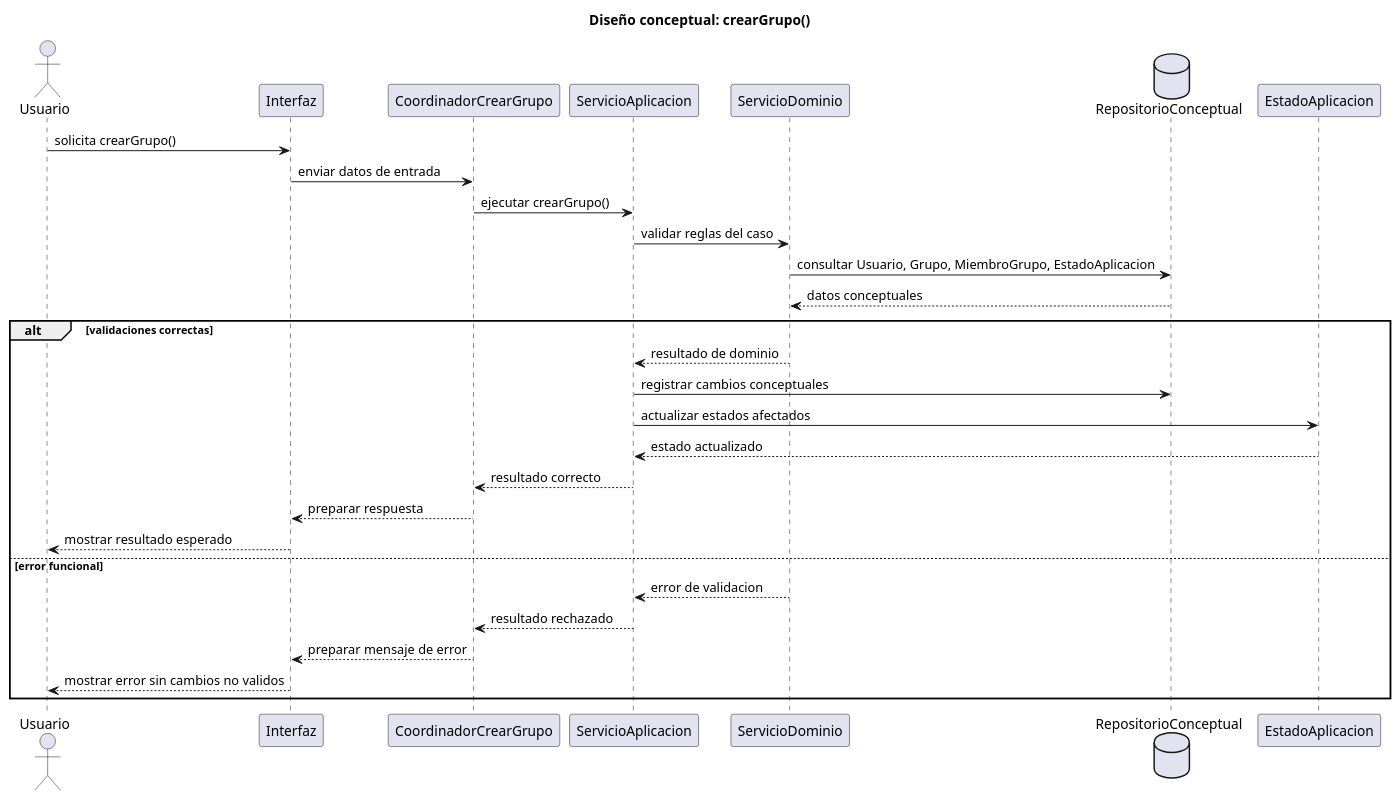
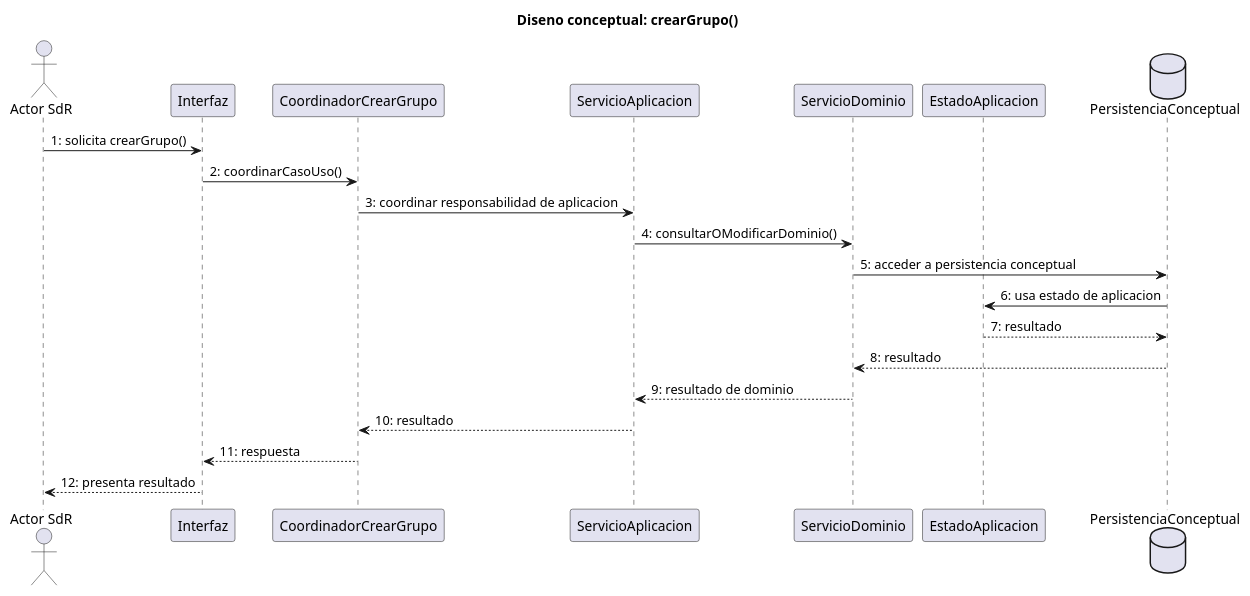
The diagram in documents/RUP/02-diseño/casos-uso/gestion-grupos/crearGrupo/README.md (inigovaqueroo04/25-26-idsw2-sdVC), drawn with PlantUML before and after one commit. The commit also changed other lines of this file and 24 other files, not shown here.

Commit message:
docs: validar trazabilidad integral de diseno

````diff
--- a/documents/RUP/02-diseño/casos-uso/gestion-grupos/crearGrupo/README.md
+++ b/documents/RUP/02-diseño/casos-uso/gestion-grupos/crearGrupo/README.md
@@ -85,36 +85,27 @@
 ```plantuml
 @startuml crearGrupo-diseno-secuencia
-title Diseño conceptual: crearGrupo()
+title Diseno conceptual: crearGrupo()
 
-actor "Usuario" as Usuario
+actor "Actor SdR" as Actor
 participant "Interfaz" as Interfaz
 participant "CoordinadorCrearGrupo" as Coordinador
 participant "ServicioAplicacion" as ServicioAplicacion
 participant "ServicioDominio" as ServicioDominio
-database "RepositorioConceptual" as Repositorio
 participant "EstadoAplicacion" as EstadoAplicacion
+database "PersistenciaConceptual" as Persistencia
 
-Usuario -> Interfaz : solicita crearGrupo()
-Interfaz -> Coordinador : enviar datos de entrada
-Coordinador -> ServicioAplicacion : ejecutar crearGrupo()
-ServicioAplicacion -> ServicioDominio : validar reglas del caso
-ServicioDominio -> Repositorio : consultar Usuario, Grupo, MiembroGrupo, EstadoAplicacion
-Repositorio --> ServicioDominio : datos conceptuales
-
-alt validaciones correctas
-  ServicioDominio --> ServicioAplicacion : resultado de dominio
-  ServicioAplicacion -> Repositorio : registrar cambios conceptuales
-  ServicioAplicacion -> EstadoAplicacion : actualizar estados afectados
-  EstadoAplicacion --> ServicioAplicacion : estado actualizado
-  ServicioAplicacion --> Coordinador : resultado correcto
-  Coordinador --> Interfaz : preparar respuesta
-  Interfaz --> Usuario : mostrar resultado esperado
-else error funcional
-  ServicioDominio --> ServicioAplicacion : error de validacion
-  ServicioAplicacion --> Coordinador : resultado rechazado
-  Coordinador --> Interfaz : preparar mensaje de error
-  Interfaz --> Usuario : mostrar error sin cambios no validos
-end
+Actor -> Interfaz : 1: solicita crearGrupo()
+Interfaz -> Coordinador : 2: coordinarCasoUso()
+Coordinador -> ServicioAplicacion : 3: coordinar responsabilidad de aplicacion
+ServicioAplicacion -> ServicioDominio : 4: consultarOModificarDominio()
+ServicioDominio -> Persistencia : 5: acceder a persistencia conceptual
+Persistencia -> EstadoAplicacion : 6: usa estado de aplicacion
+EstadoAplicacion --> Persistencia : 7: resultado
+Persistencia --> ServicioDominio : 8: resultado
+ServicioDominio --> ServicioAplicacion : 9: resultado de dominio
+ServicioAplicacion --> Coordinador : 10: resultado
+Coordinador --> Interfaz : 11: respuesta
+Interfaz --> Actor : 12: presenta resultado
 
 @enduml
 ```
````
